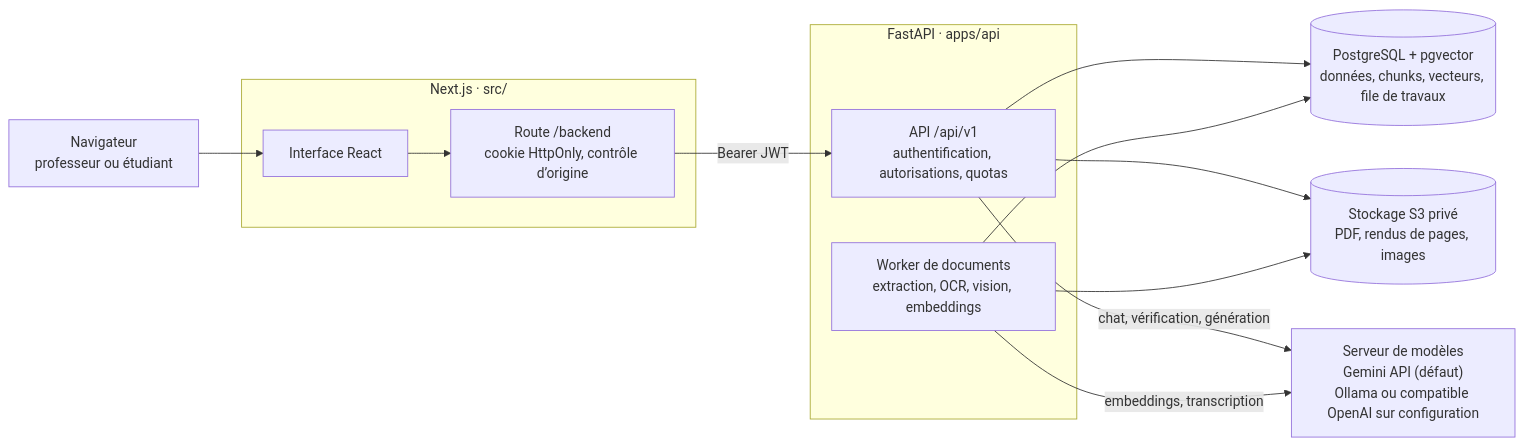
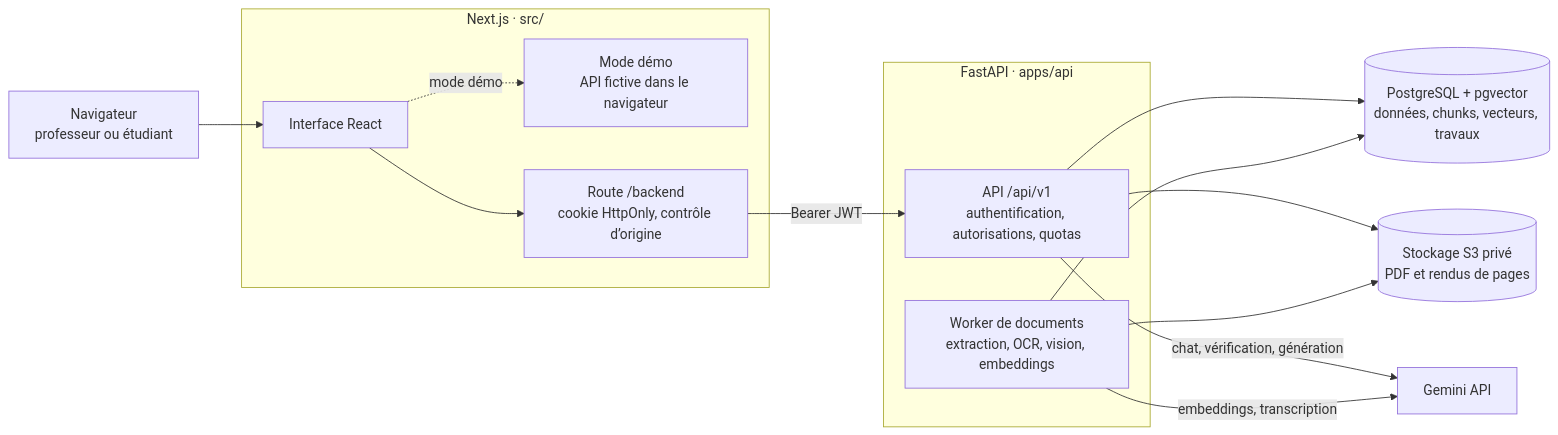
Before and after one commit to youssefrekik1/Neurvia: the first of 3 diagrams in README.md, drawn with Mermaid. The commit also changed other lines of this file and 48 other files, not shown here.

````diff
--- a/README.md
+++ b/README.md
@@ -37,23 +112,26 @@
 ```mermaid
 flowchart LR
     browser["Navigateur<br/>professeur ou étudiant"]
     subgraph web["Next.js · src/"]
         ui["Interface React"]
+        demo["Mode démo<br/>API fictive dans le navigateur"]
         proxy["Route /backend<br/>cookie HttpOnly, contrôle d’origine"]
     end
     subgraph backend["FastAPI · apps/api"]
         api["API /api/v1<br/>authentification, autorisations, quotas"]
         worker["Worker de documents<br/>extraction, OCR, vision, embeddings"]
     end
-    db[("PostgreSQL + pgvector<br/>données, chunks, vecteurs, file de travaux")]
-    s3[("Stockage S3 privé<br/>PDF, rendus de pages, images")]
-    models["Serveur de modèles<br/>Gemini API (défaut)<br/>Ollama ou compatible OpenAI sur configuration"]
+    db[("PostgreSQL + pgvector<br/>données, chunks, vecteurs, travaux")]
+    s3[("Stockage S3 privé<br/>PDF et rendus de pages")]
+    models["Gemini API"]
 
-    browser --> ui --> proxy -->|"Bearer JWT"| api
+    browser --> ui
+    ui -. "mode démo" .-> demo
+    ui --> proxy -->|"Bearer JWT"| api
     api --> db
     api --> s3
     api -->|"chat, vérification, génération"| models
     worker --> db
     worker --> s3
     worker -->|"embeddings, transcription"| models
 ```
````
